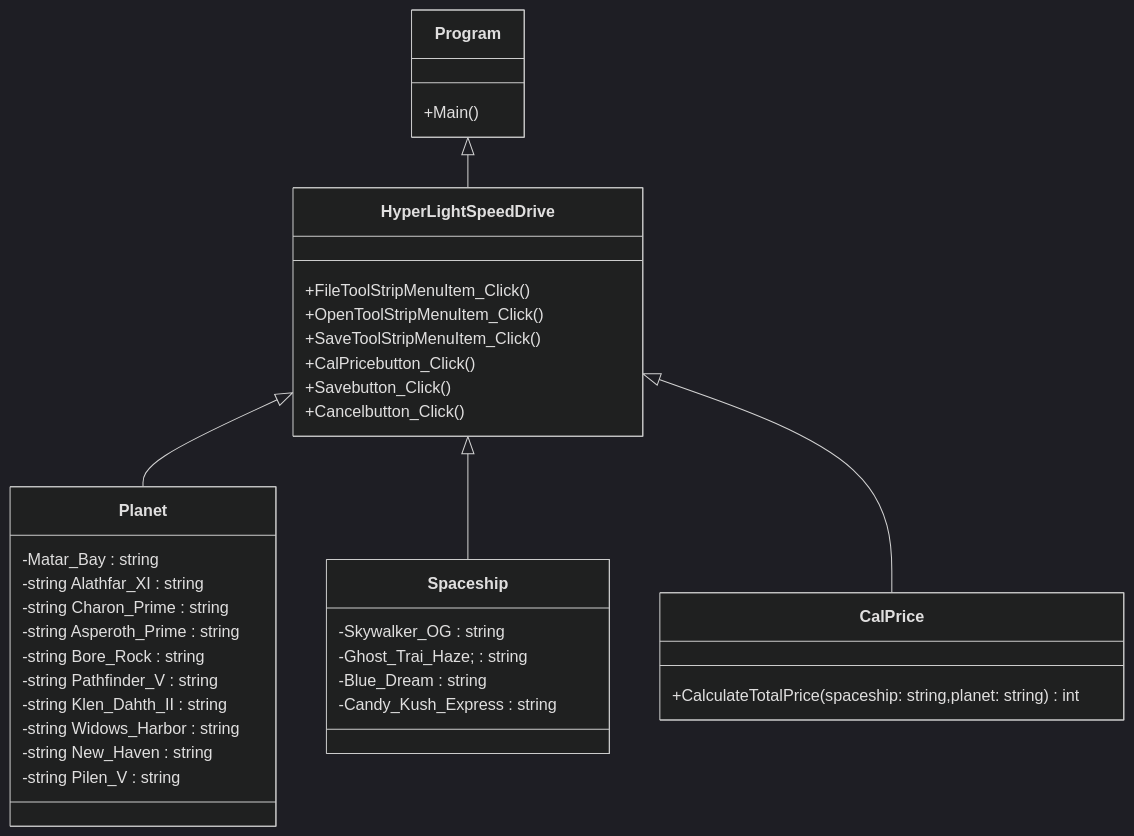
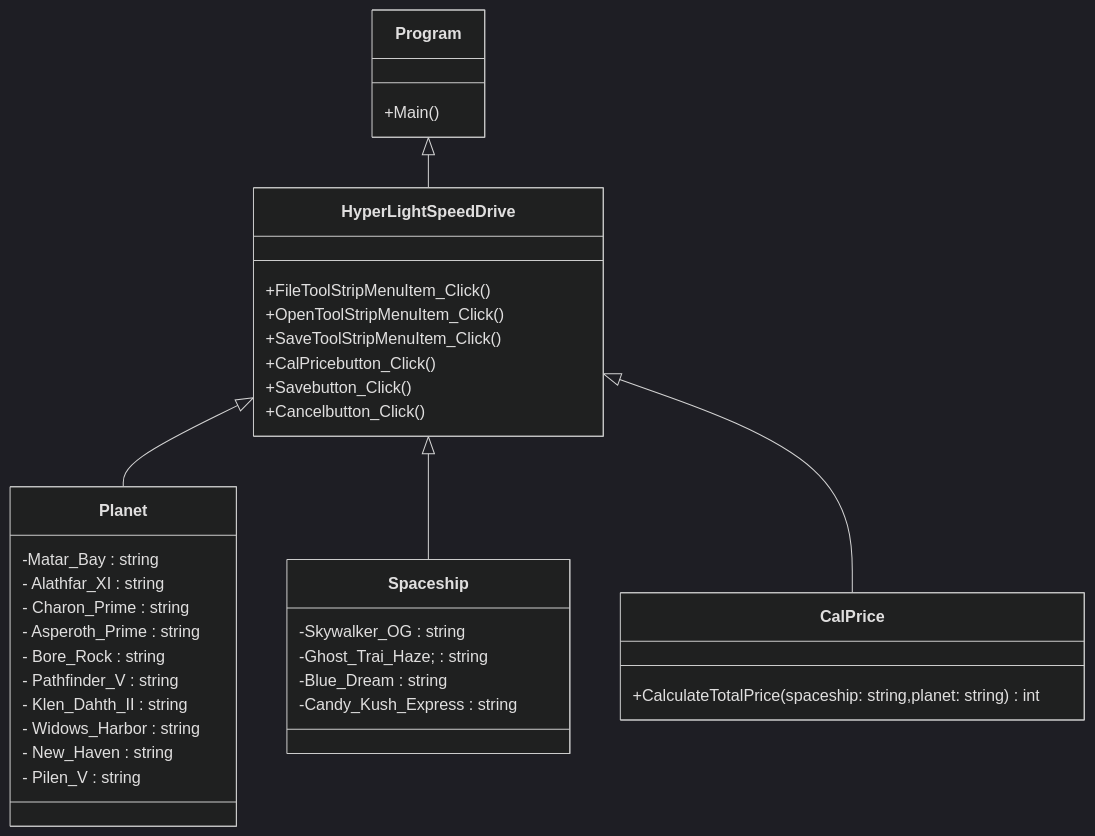
Before and after one commit to ChubbyCats101/Final_project: the diagram in README.md, drawn with Mermaid (dark theme).

````diff
--- a/README.md
+++ b/README.md
@@ -10,38 +10,38 @@
 ```mermaid
 classDiagram
     Program <|-- HyperLightSpeedDrive
     HyperLightSpeedDrive <|-- Planet
     HyperLightSpeedDrive <|-- Spaceship
     HyperLightSpeedDrive <|-- CalPrice
     Program : +Main()
     class HyperLightSpeedDrive{
         +FileToolStripMenuItem_Click()
         +OpenToolStripMenuItem_Click()
         +SaveToolStripMenuItem_Click()
         +CalPricebutton_Click()
         +Savebutton_Click()
         +Cancelbutton_Click()
     }
     class Planet{
         -Matar_Bay : string 
-        -string Alathfar_XI : string 
-        -string Charon_Prime : string 
-        -string Asperoth_Prime : string 
-        -string Bore_Rock : string 
-        -string Pathfinder_V : string 
-        -string Klen_Dahth_II : string 
-        -string Widows_Harbor : string 
-        -string New_Haven : string 
-        -string Pilen_V : string 
+        - Alathfar_XI : string 
+        - Charon_Prime : string 
+        - Asperoth_Prime : string 
+        - Bore_Rock : string 
+        - Pathfinder_V : string 
+        - Klen_Dahth_II : string 
+        - Widows_Harbor : string 
+        - New_Haven : string 
+        - Pilen_V : string 
     }
     class Spaceship{
         -Skywalker_OG : string 
         -Ghost_Trai_Haze; : string 
         -Blue_Dream : string 
         -Candy_Kush_Express : string 
     }
     class CalPrice{
         +CalculateTotalPrice(spaceship: string,planet: string) int
     }
     
 ```
````
